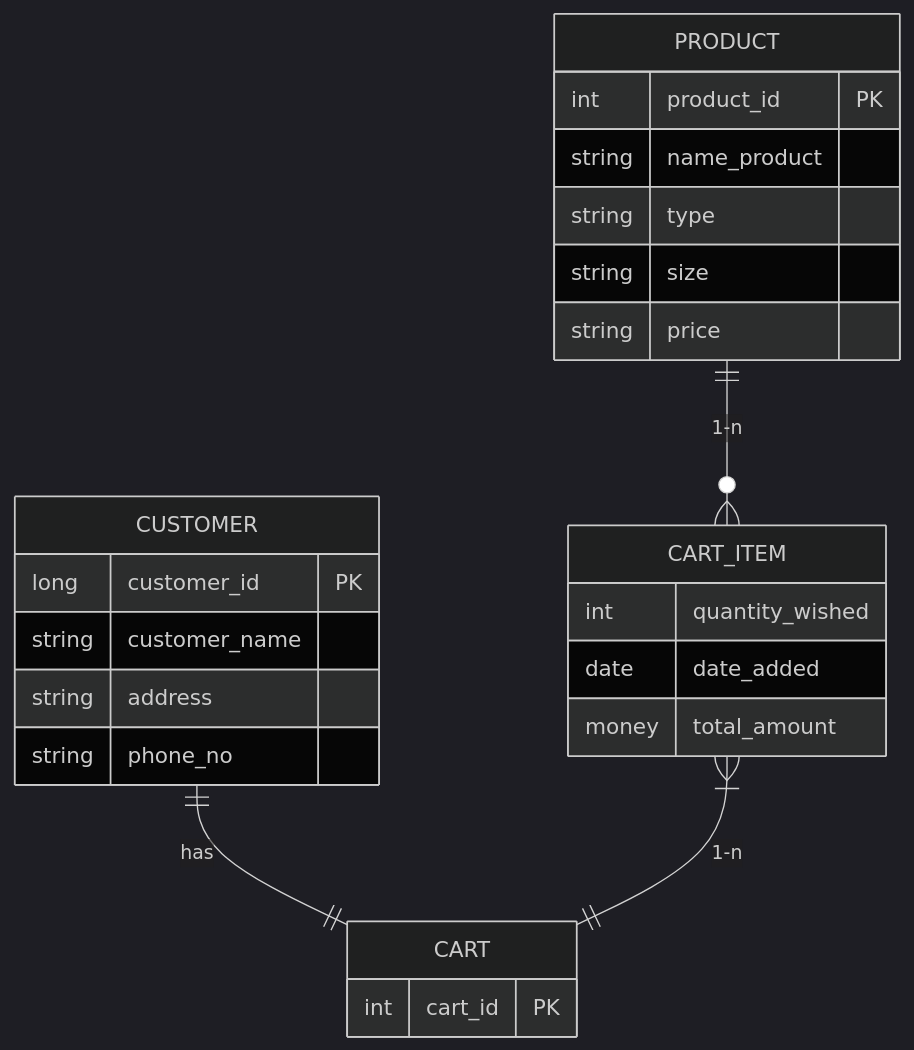
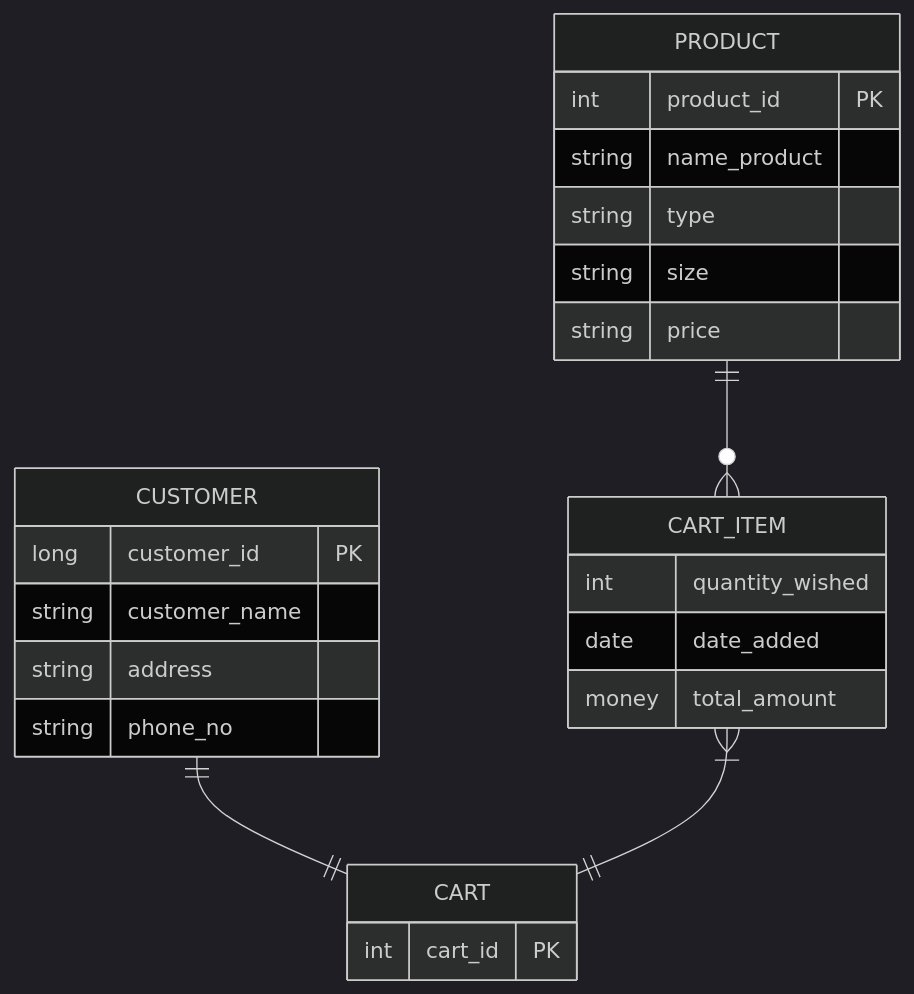
One commit to duclongdev/E-commerce-management-with-LIKELION-week-3 changed the diagram in README.md. Above: the diagram before and after it, drawn with Mermaid (dark theme).

````diff
--- a/README.md
+++ b/README.md
@@ -43,28 +43,28 @@
 ```mermaid
 erDiagram  
- CUSTOMER ||--|| CART : "has"  
+ CUSTOMER ||--|| CART : ""  
  CUSTOMER {  
  long customer_id PK   
   string customer_name 
   string address
   string phone_no  
  }
- CART_ITEM}|--||  CART  : "1-n"
+ CART_ITEM}|--||  CART  : ""
  CART {
   int cart_id PK 
  }
- PRODUCT ||--o{ CART_ITEM : "1-n"
+ PRODUCT ||--o{ CART_ITEM : ""
  CART_ITEM {
   int quantity_wished
   date date_added
   money total_amount
  }
  PRODUCT {
   int product_id PK
   string name_product
   string type
   string size
   string price
  }
 
 ```
````
